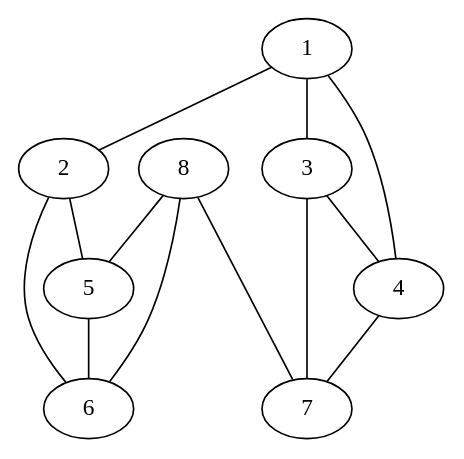
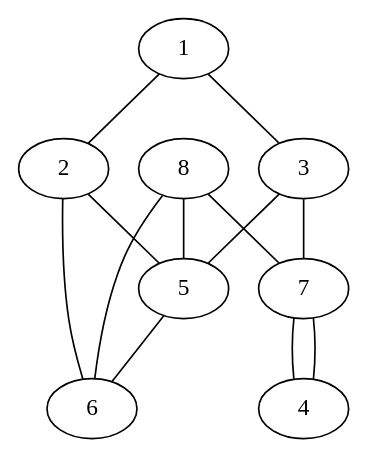
Before and after one commit to G4vi1/Grafos: the diagram in aulas/grafo_nao_orientado.dot, drawn with Graphviz. The commit also changed 5 other files, not shown here.

```diff
--- a/aulas/grafo_nao_orientado.dot
+++ b/aulas/grafo_nao_orientado.dot
@@ -1,22 +1,22 @@
 graph G1 {
     1{shape="circle"}
     2{shape="circle"}
     3{shape="circle"}
     4{shape="circle"}
     5{shape="circle"}
     6{shape="circle"}
     7{shape="circle"}
     8{shape="circle"}
     1 -- 2
     1 -- 3
-    1 -- 4
+    1  4
+    3 -- 7
+    4 -- 7-- 4
     2 -- 5
     2 -- 6
-    3 -- 4
-    3 -- 7
-    4 -- 7
+    3 --
     5 -- 6
     8 -- 5
     8 -- 6
     8 -- 7
 }
```
